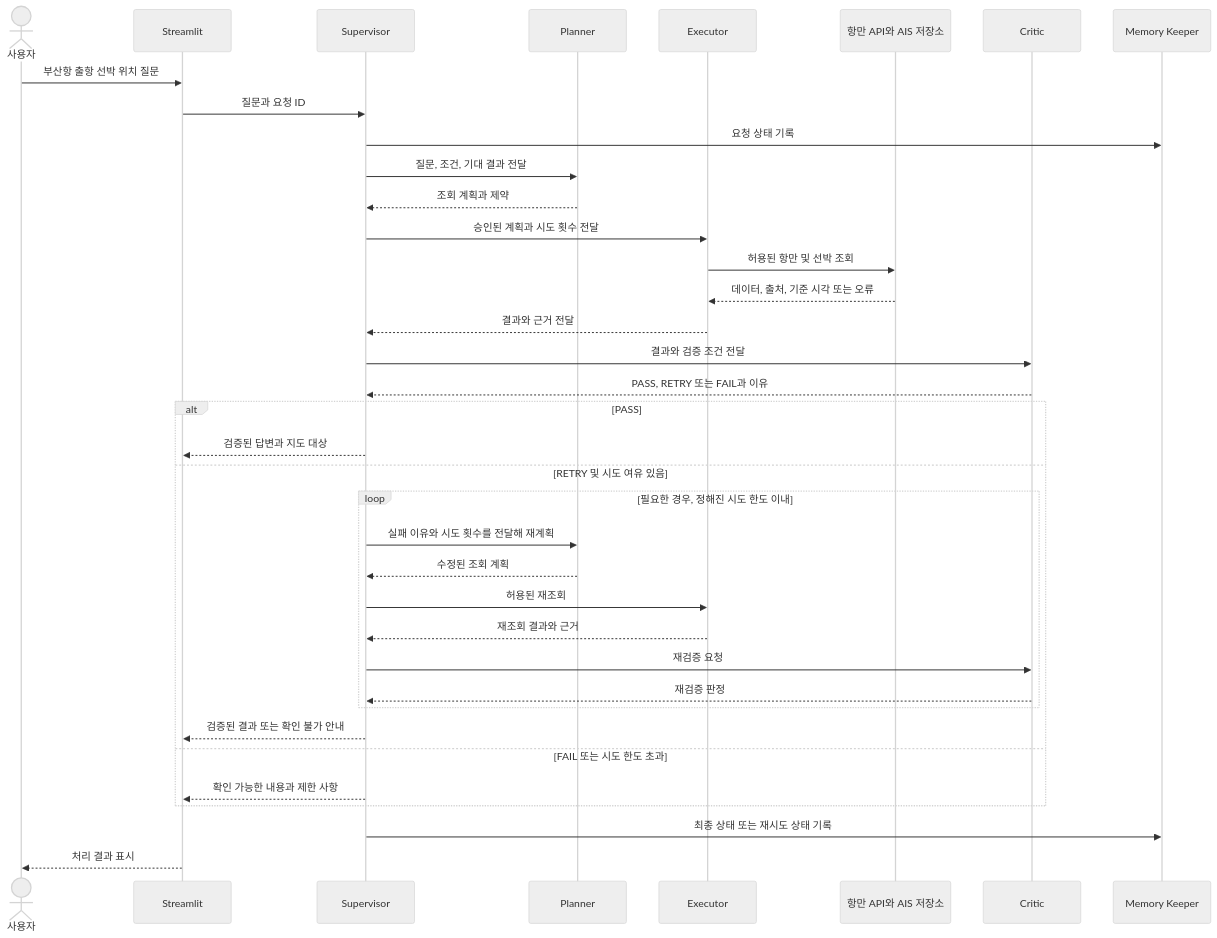
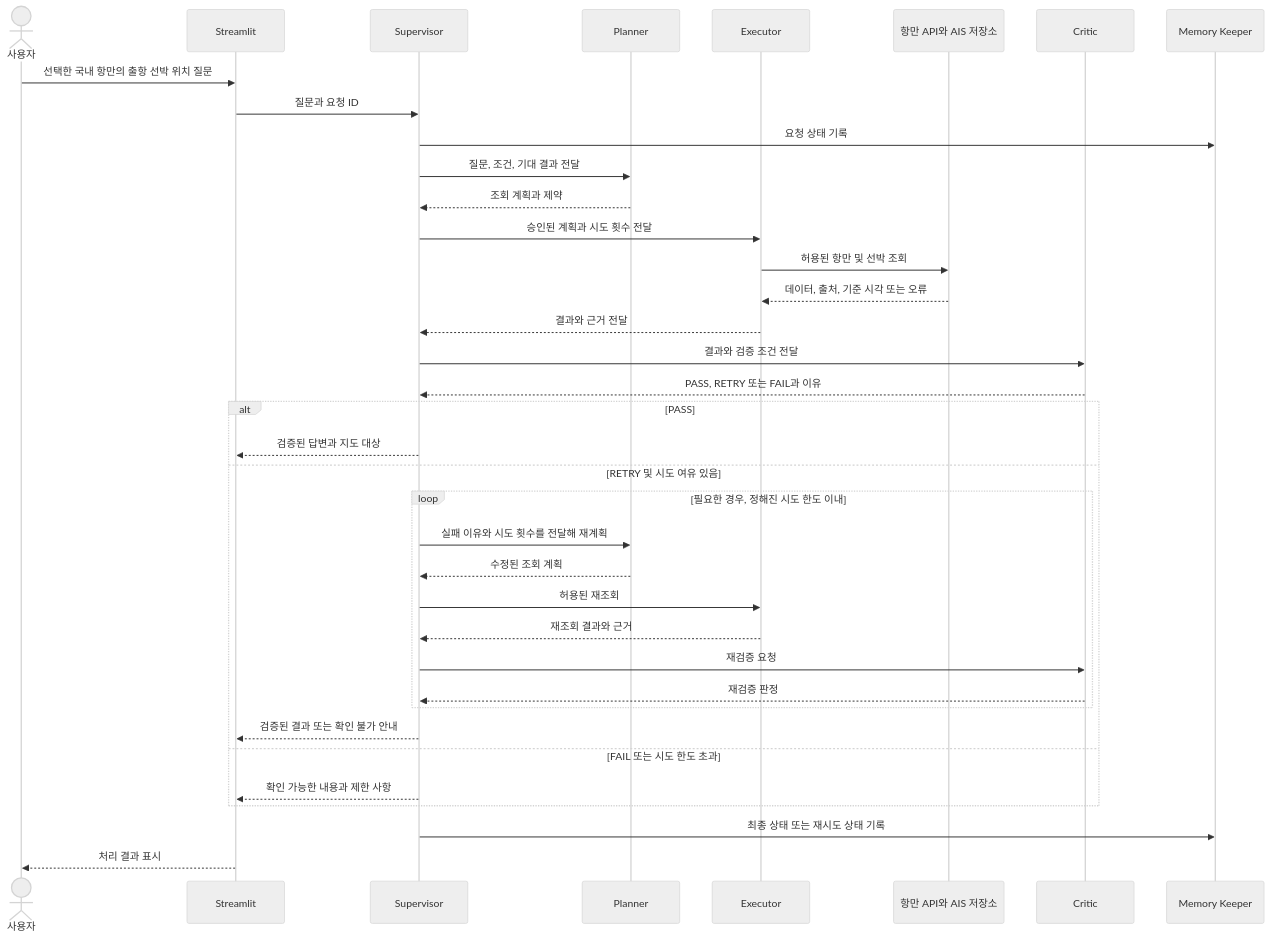
One commit to ac9989/2026-aio2-p3-ChargePin changed the third of 9 diagrams in docs/PRD.md. Above: the diagram before and after it, drawn with Mermaid (neutral theme). The commit also changed other lines of this file, not shown here.

````diff
--- a/docs/PRD.md
+++ b/docs/PRD.md
@@ -194,39 +388,39 @@
 ```mermaid
 sequenceDiagram
     actor U as 사용자
     participant UI as Streamlit
     participant S as Supervisor
     participant P as Planner
     participant E as Executor
     participant D as 항만 API와 AIS 저장소
     participant C as Critic
     participant M as Memory Keeper
-    U->>UI: 부산항 출항 선박 위치 질문
+    U->>UI: 선택한 국내 항만의 출항 선박 위치 질문
     UI->>S: 질문과 요청 ID
     S->>M: 요청 상태 기록
     S->>P: 질문, 조건, 기대 결과 전달
     P-->>S: 조회 계획과 제약
     S->>E: 승인된 계획과 시도 횟수 전달
     E->>D: 허용된 항만 및 선박 조회
     D-->>E: 데이터, 출처, 기준 시각 또는 오류
     E-->>S: 결과와 근거 전달
     S->>C: 결과와 검증 조건 전달
     C-->>S: PASS, RETRY 또는 FAIL과 이유
     alt PASS
         S-->>UI: 검증된 답변과 지도 대상
     else RETRY 및 시도 여유 있음
         loop 필요한 경우, 정해진 시도 한도 이내
             S->>P: 실패 이유와 시도 횟수를 전달해 재계획
             P-->>S: 수정된 조회 계획
             S->>E: 허용된 재조회
             E-->>S: 재조회 결과와 근거
             S->>C: 재검증 요청
             C-->>S: 재검증 판정
         end
         S-->>UI: 검증된 결과 또는 확인 불가 안내
     else FAIL 또는 시도 한도 초과
         S-->>UI: 확인 가능한 내용과 제한 사항
     end
     S->>M: 최종 상태 또는 재시도 상태 기록
     UI-->>U: 처리 결과 표시
 ```
````
